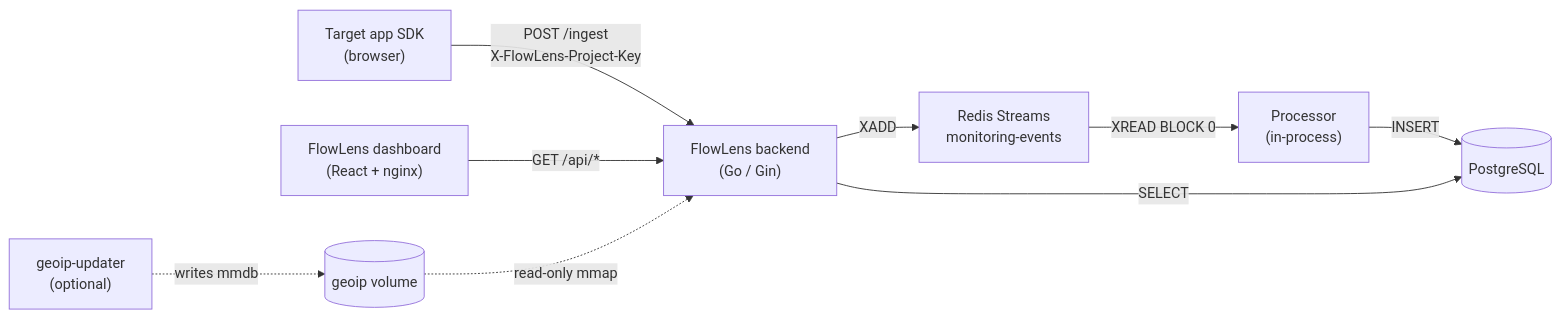
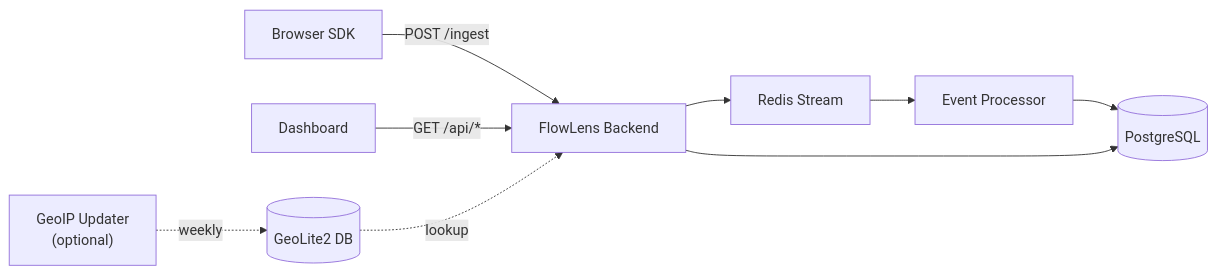
The diagram in README.md (Mxrxwin/FlowLens), drawn with Mermaid before and after one commit. The commit also changed other lines of this file and 2 other files, not shown here.

Commit message:
feat: update README and add SDK documentation; bump version to 0.1.1

````diff
--- a/README.md
+++ b/README.md
@@ -48,11 +33,11 @@
 ```mermaid
 flowchart LR
-    SDK["Target app SDK<br/>(browser)"] -- "POST /ingest<br/>X-FlowLens-Project-Key" --> BE["FlowLens backend<br/>(Go / Gin)"]
-    BE -- "XADD" --> RS["Redis Streams<br/>monitoring-events"]
-    RS -- "XREAD BLOCK 0" --> PR["Processor<br/>(in-process)"]
-    PR -- "INSERT" --> PG[("PostgreSQL")]
-    FE["FlowLens dashboard<br/>(React + nginx)"] -- "GET /api/*" --> BE
-    BE -- "SELECT" --> PG
-    GU["geoip-updater<br/>(optional)"] -. "writes mmdb" .-> VOL[("geoip volume")]
-    VOL -. "read-only mmap" .-> BE
+    SDK["Browser SDK"] -- "POST /ingest" --> BE["FlowLens Backend"]
+    BE --> Q["Redis Stream"]
+    Q --> PR["Event Processor"]
+    PR --> PG[("PostgreSQL")]
+    FE["Dashboard"] -- "GET /api/*" --> BE
+    BE --> PG
+    GU["GeoIP Updater\n(optional)"] -. weekly .-> DB[("GeoLite2 DB")]
+    DB -. lookup .-> BE
 ```
````
